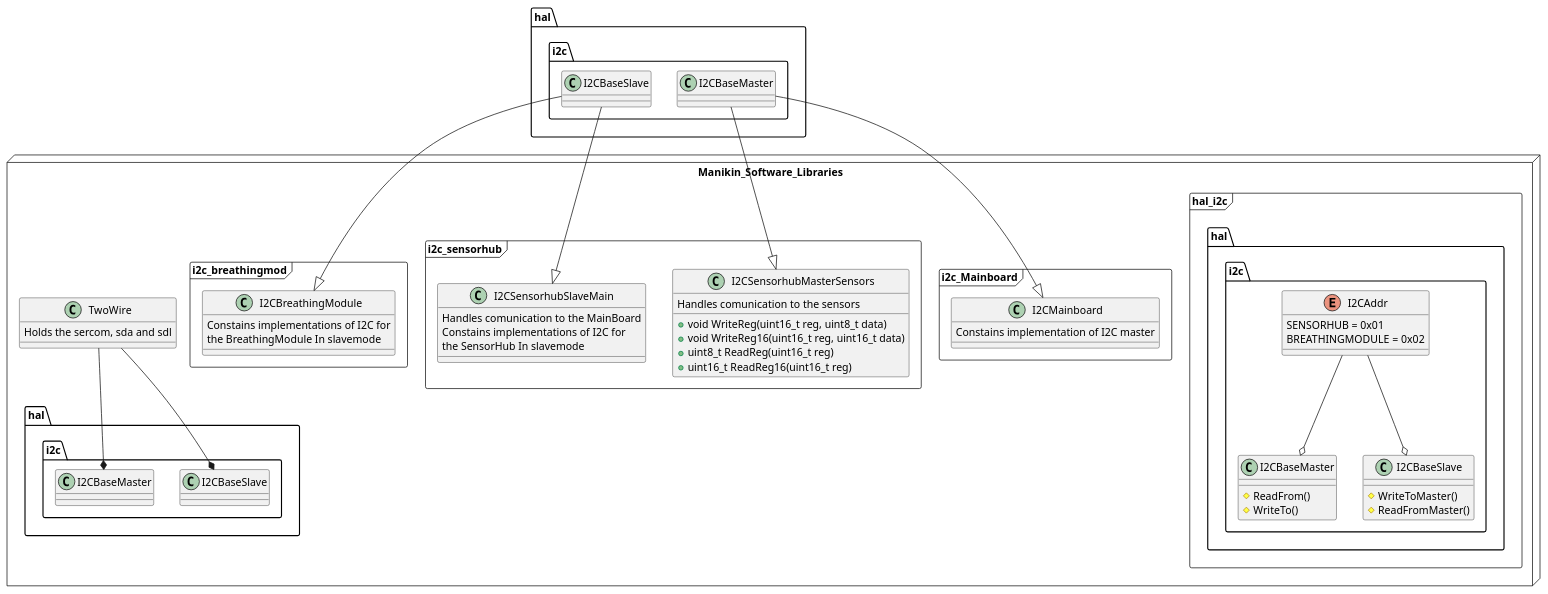
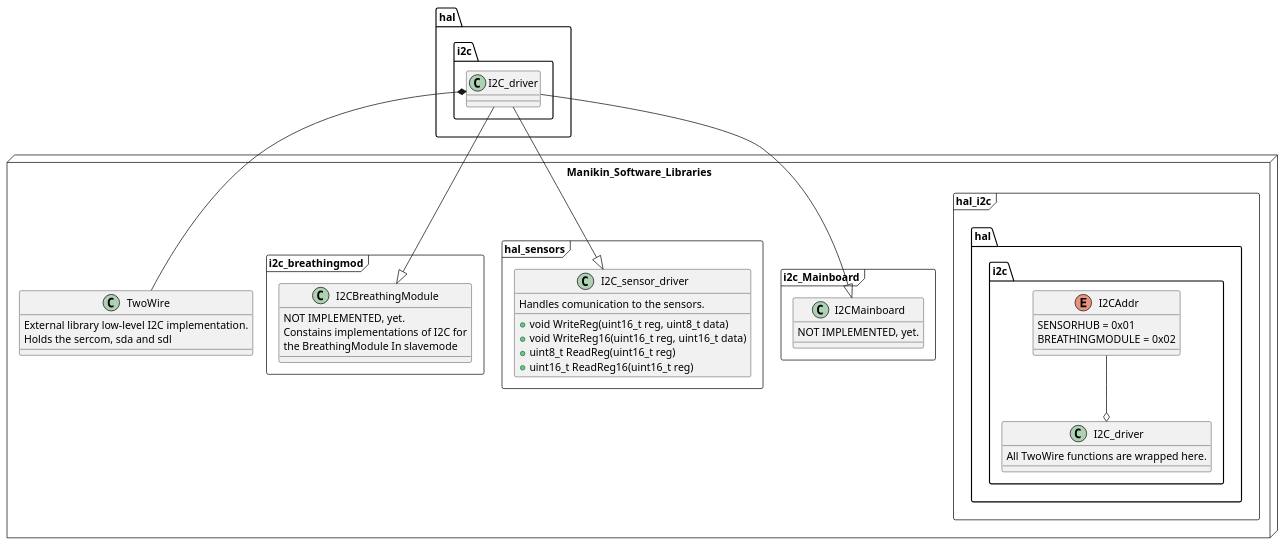
The diagram in modules/hal_i2c/docs/ClassDiagramnobase.puml (RobotPatient/Manikin_Software_Libraries), drawn with PlantUML before and after one commit. The commit also changed other lines of this file and 11 other files, not shown here.

```diff
--- a/modules/hal_i2c/docs/ClassDiagramnobase.puml
+++ b/modules/hal_i2c/docs/ClassDiagramnobase.puml
@@ -1,70 +29,60 @@
 @startuml I2C
 
 set separator ::
 
 package Manikin_Software_Libraries <<Node>> {
+
     class TwoWire {
+        External library low-level I2C implementation.
         Holds the sercom, sda and sdl
     }
 
+
     package hal_i2c <<frame>> {
+    ' Package indicates the working directory. 
+        namespace hal::i2c {
+            class I2C_driver {
+                All TwoWire functions are wrapped here. 
+            }
 
-    namespace hal::i2c {
-        class I2CBaseMaster{
-            #ReadFrom()
-            #WriteTo()
+            enum I2CAddr {
+                SENSORHUB = 0x01
+                BREATHINGMODULE = 0x02
+            }
+
+            I2CAddr --o I2C_driver
         }
-
-        class I2CBaseSlave{
-            #WriteToMaster()
-            #ReadFromMaster()
-        }
-
-        enum I2CAddr {
-            SENSORHUB = 0x01
-            BREATHINGMODULE = 0x02
-        }
-
-        I2CAddr --o I2CBaseSlave
-        I2CAddr --o I2CBaseMaster
     }
-    }
-    TwoWire --* hal::i2c::I2CBaseSlave
-    TwoWire --* hal::i2c::I2CBaseMaster
 
     package i2c_Mainboard <<frame>> {
-    class I2CMainboard {
-        Constains implementation of I2C master
-    }
+        class I2CMainboard {
+            NOT IMPLEMENTED, yet.
+        }
     }
 
-    package i2c_sensorhub <<frame>> {
-    class I2CSensorhubSlaveMain {
-        Handles comunication to the MainBoard
-        Constains implementations of I2C for
-        the SensorHub In slavemode
-    }
-
-    class I2CSensorhubMasterSensors {
-        Handles comunication to the sensors
-        +void WriteReg(uint16_t reg, uint8_t data)
-        +void WriteReg16(uint16_t reg, uint16_t data)
-        +uint8_t ReadReg(uint16_t reg)
-        +uint16_t ReadReg16(uint16_t reg)
-    }
+    package hal_sensors <<frame>> {
+        class I2C_sensor_driver {
+            Handles comunication to the sensors.
+            +void WriteReg(uint16_t reg, uint8_t data)
+            +void WriteReg16(uint16_t reg, uint16_t data)
+            +uint8_t ReadReg(uint16_t reg)
+            +uint16_t ReadReg16(uint16_t reg)
+        }
     }
 
     package i2c_breathingmod <<frame>> {
-    class I2CBreathingModule {
-        Constains implementations of I2C for
-        the BreathingModule In slavemode
-    }
+        class I2CBreathingModule {
+            NOT IMPLEMENTED, yet.
+            Constains implementations of I2C for
+            the BreathingModule In slavemode
+        }
     }
 }
 
-hal::i2c::I2CBaseMaster --|> I2CMainboard
-hal::i2c::I2CBaseMaster --|> I2CSensorhubMasterSensors
-hal::i2c::I2CBaseSlave --|> I2CSensorhubSlaveMain
-hal::i2c::I2CBaseSlave --|> I2CBreathingModule
+' Classes Relationships.
+TwoWire --* hal::i2c::I2C_driver
+hal::i2c::I2C_driver --|> I2CMainboard
+hal::i2c::I2C_driver --|> I2C_sensor_driver
+hal::i2c::I2C_driver --|> I2CBreathingModule
 
 @enduml
```
